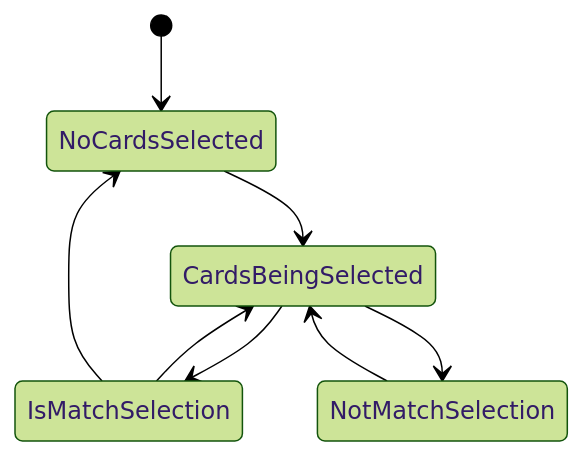
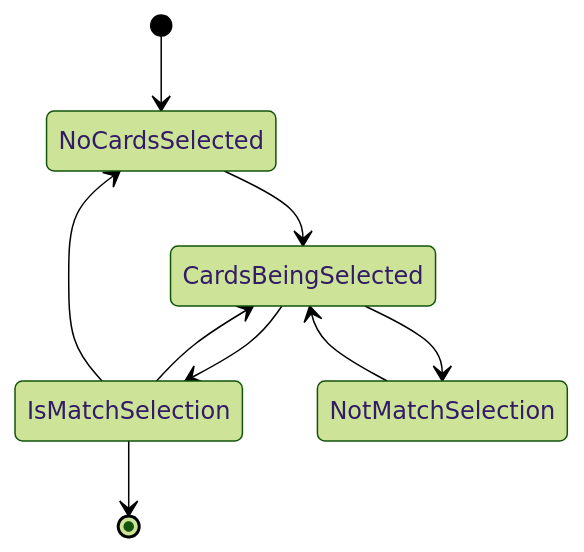
The diagram in assign3/SetGame/README.md (sarah-j-smith/cs193p-tuto), drawn with Mermaid (forest theme) before and after one commit.

Commit message:
Add win condition to state diagram

````diff
--- a/assign3/SetGame/README.md
+++ b/assign3/SetGame/README.md
@@ -78,10 +78,11 @@
 ```mermaid
  stateDiagram-v2
      [*] --> NoCardsSelected
      NoCardsSelected --> CardsBeingSelected
      CardsBeingSelected --> IsMatchSelection
      CardsBeingSelected --> NotMatchSelection
      NotMatchSelection --> CardsBeingSelected
      IsMatchSelection --> CardsBeingSelected
      IsMatchSelection --> NoCardsSelected
+     IsMatchSelection --> [*]
 ```
````
